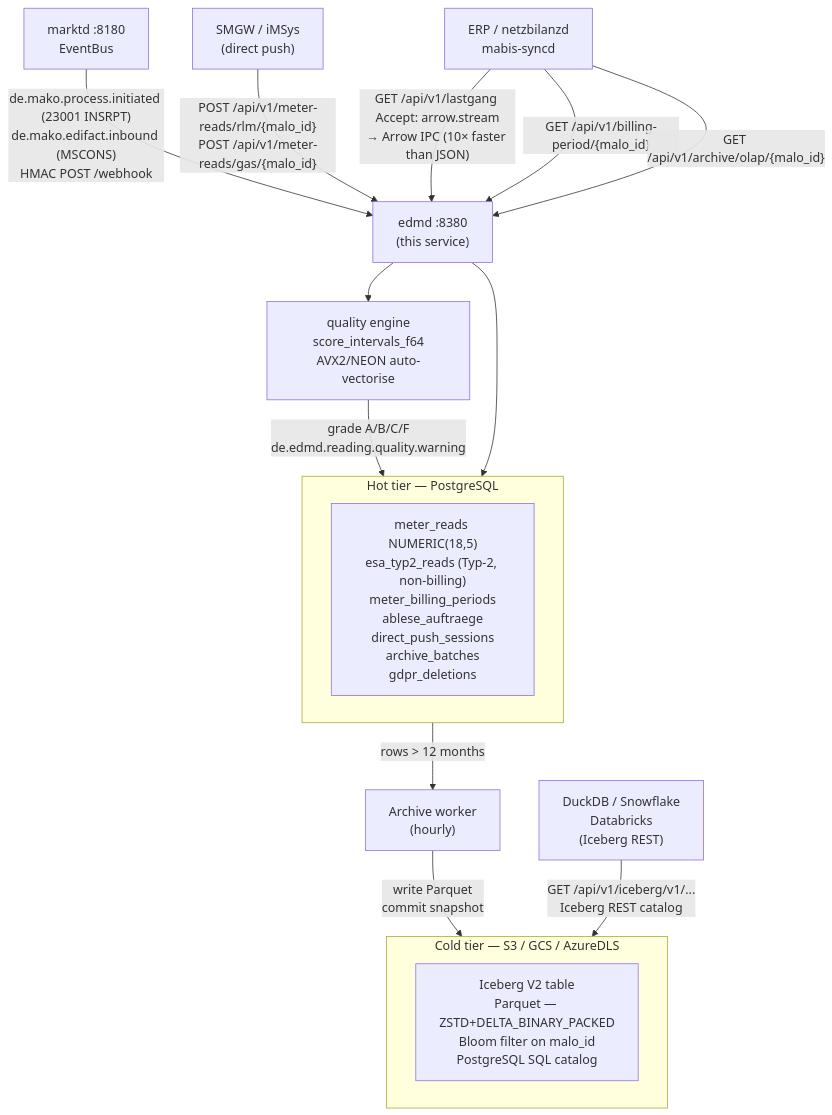
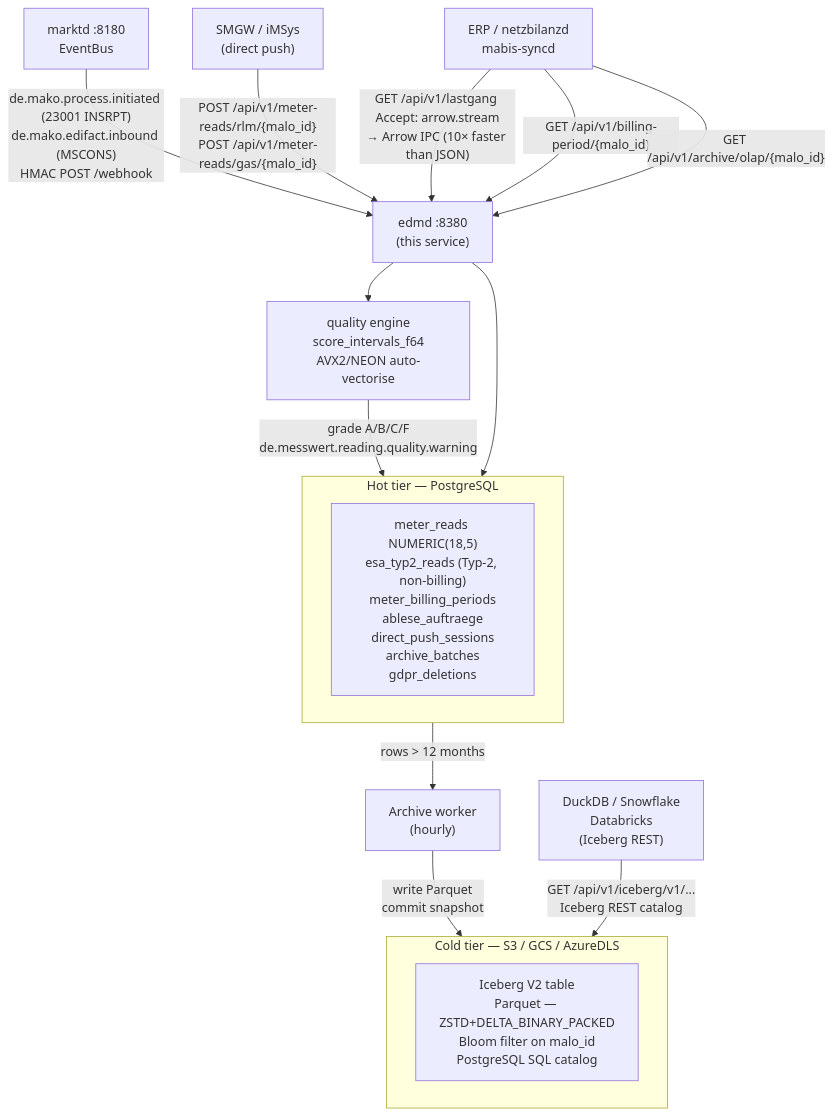
Before and after one commit to hupe1980/mako: the first of 4 diagrams in docs/edmd.md, drawn with Mermaid. The commit also changed other lines of this file and 391 other files, not shown here.

````diff
--- a/docs/edmd.md
+++ b/docs/edmd.md
@@ -55,31 +55,31 @@
 ```mermaid
 graph TB
     marktd["marktd :8180\nEventBus"]
     smgw["SMGW / iMSys\n(direct push)"]
     edmd["edmd :8380\n(this service)"]
 
     subgraph hot["Hot tier — PostgreSQL"]
         pg["meter_reads NUMERIC(18,5)\nesa_typ2_reads (Typ-2, non-billing)\nmeter_billing_periods\nablese_auftraege\ndirect_push_sessions\narchive_batches\ngdpr_deletions"]
     end
 
     subgraph cold["Cold tier — S3 / GCS / AzureDLS"]
         iceberg["Iceberg V2 table\nParquet — ZSTD+DELTA_BINARY_PACKED\nBloom filter on malo_id\nPostgreSQL SQL catalog"]
     end
 
     erp["ERP / netzbilanzd\nmabis-syncd"]
     duckdb["DuckDB / Snowflake\nDatabricks\n(Iceberg REST)"]
     worker["Archive worker\n(hourly)"]
     qa["quality engine\nscore_intervals_f64\nAVX2/NEON auto-vectorise"]
 
     marktd -->|"de.mako.process.initiated (23001 INSRPT)\nde.mako.edifact.inbound (MSCONS)\nHMAC POST /webhook"| edmd
     smgw -->|"POST /api/v1/meter-reads/rlm/{malo_id}\nPOST /api/v1/meter-reads/gas/{malo_id}"| edmd
     edmd --> qa
-    qa -->|"grade A/B/C/F\nde.edmd.reading.quality.warning"| hot
+    qa -->|"grade A/B/C/F\nde.messwert.reading.quality.warning"| hot
     edmd --> hot
     hot -->|"rows > 12 months"| worker
     worker -->|"write Parquet\ncommit snapshot"| cold
     erp -->|"GET /api/v1/lastgang Accept: arrow.stream\n→ Arrow IPC (10× faster than JSON)"| edmd
     erp -->|"GET /api/v1/billing-period/{malo_id}"| edmd
     erp -->|"GET /api/v1/archive/olap/{malo_id}"| edmd
     duckdb -->|"GET /api/v1/iceberg/v1/...\nIceberg REST catalog"| cold
 ```
````
